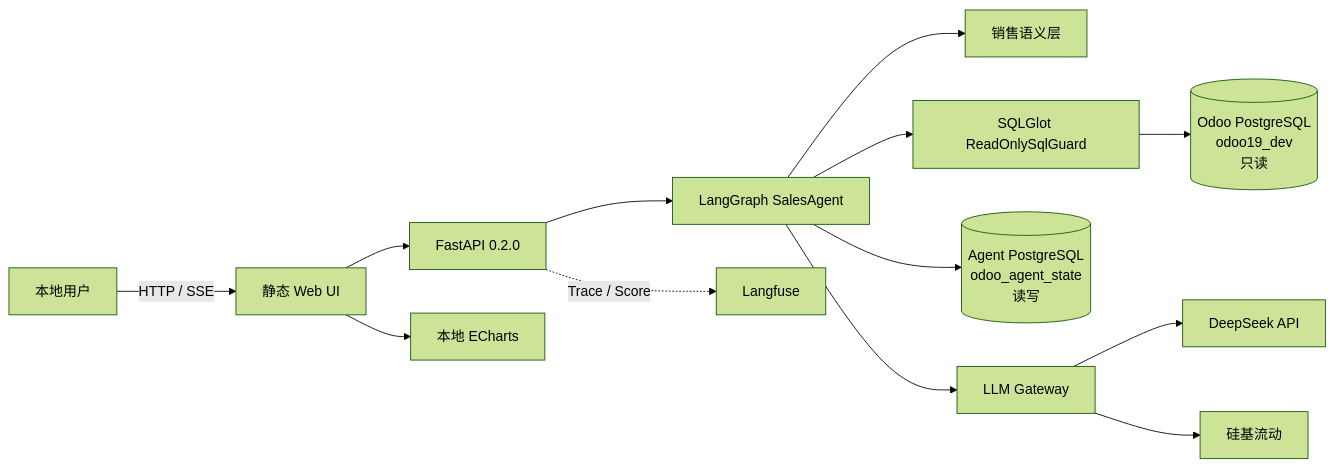
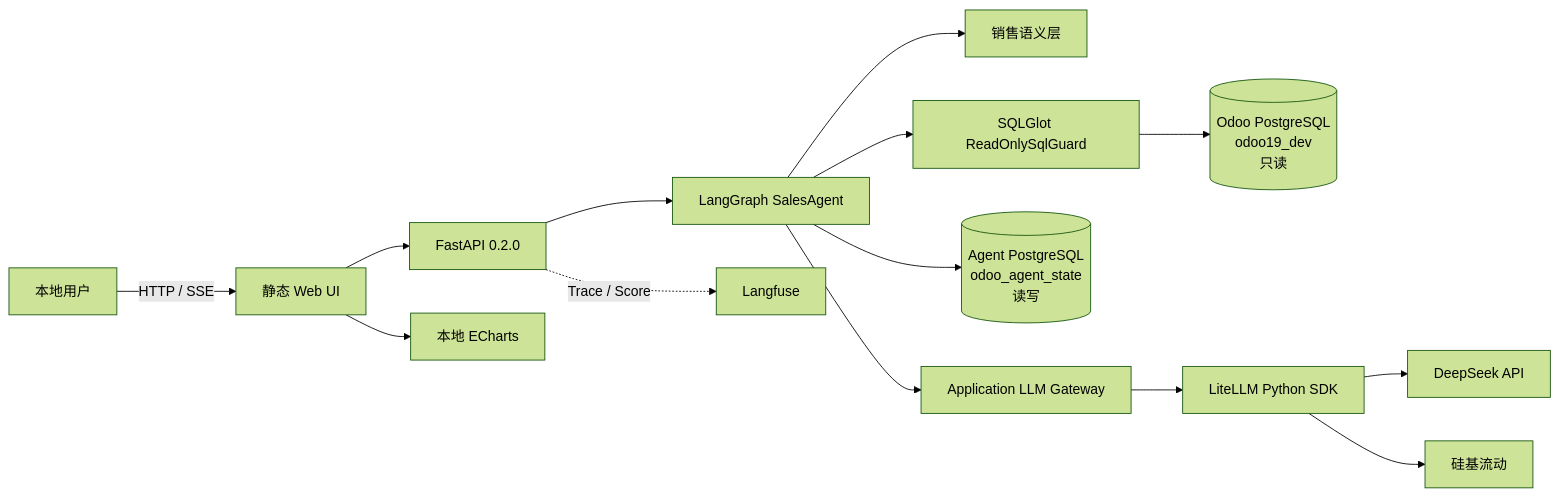
The first of 5 diagrams in docs/02-system-architecture.md (GavinGuo1999/odoo-agent), drawn with Mermaid (forest theme) before and after one commit. The commit also changed other lines of this file and 12 other files, not shown here.

Commit message:
feat: route model calls through LiteLLM

````diff
--- a/docs/02-system-architecture.md
+++ b/docs/02-system-architecture.md
@@ -10,15 +10,16 @@
 ```mermaid
 flowchart LR
     U["本地用户"] -->|HTTP / SSE| WEB["静态 Web UI"]
     WEB --> API["FastAPI 0.2.0"]
     API --> GRAPH["LangGraph SalesAgent"]
     GRAPH --> SEM["销售语义层"]
     GRAPH --> GUARD["SQLGlot ReadOnlySqlGuard"]
     GUARD --> ODOO[("Odoo PostgreSQL\nodoo19_dev\n只读")]
     GRAPH --> STATE[("Agent PostgreSQL\nodoo_agent_state\n读写")]
-    GRAPH --> LLM["LLM Gateway"]
-    LLM --> DS["DeepSeek API"]
-    LLM --> SF["硅基流动"]
+    GRAPH --> LLM["Application LLM Gateway"]
+    LLM --> LITELLM["LiteLLM Python SDK"]
+    LITELLM --> DS["DeepSeek API"]
+    LITELLM --> SF["硅基流动"]
     API -. Trace / Score .-> LF["Langfuse"]
     WEB --> ECHARTS["本地 ECharts"]
 ```
````
